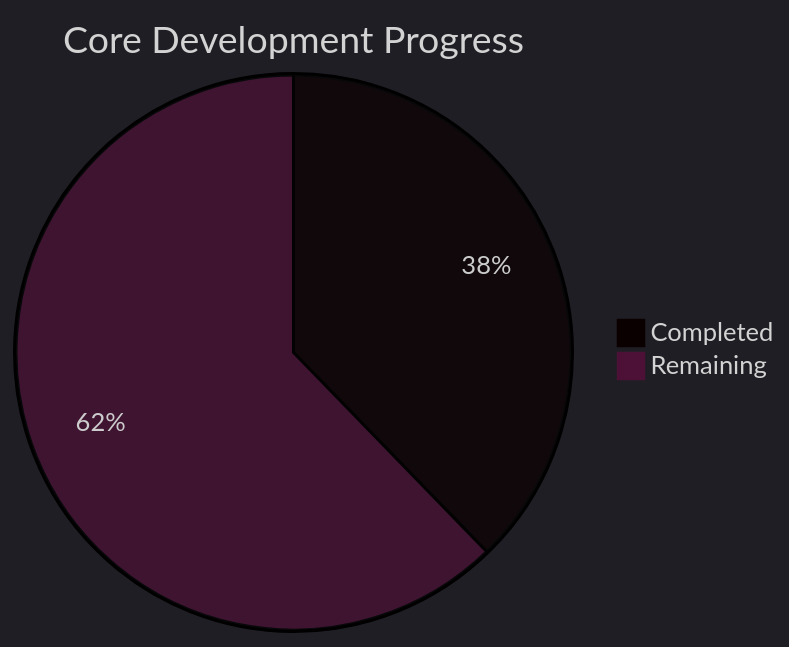
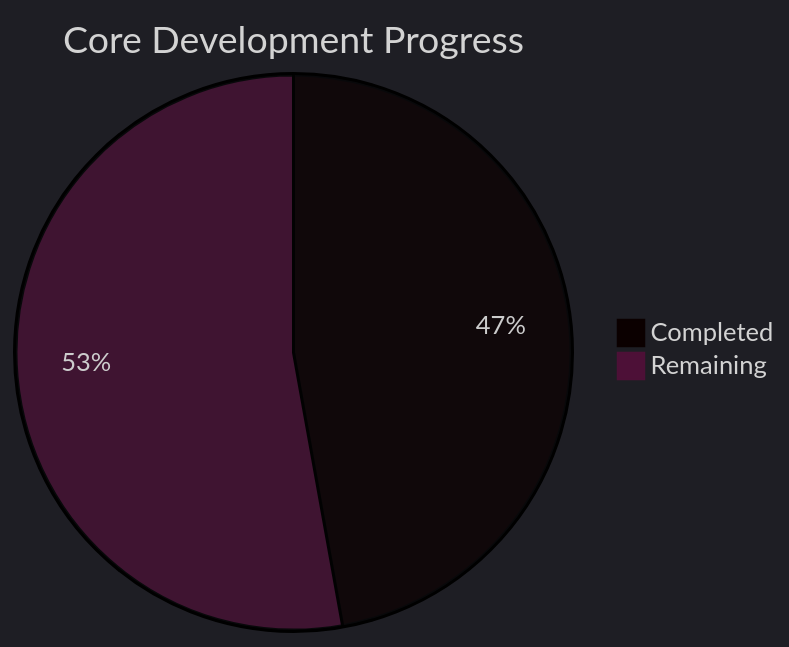
One commit to Neogleamz/SK8Lytz changed the first of 5 diagrams in tools/SK8Lytz_Bucket_List.md. Above: the diagram before and after it, drawn with Mermaid. The commit also changed other lines of this file, not shown here.

Commit message:
chore(bucket-list): move completed items to completed list and update pie charts

````diff
--- a/tools/SK8Lytz_Bucket_List.md
+++ b/tools/SK8Lytz_Bucket_List.md
@@ -9,6 +9,6 @@
 ```mermaid
 %%{init: {'theme': 'dark'}}%%
 pie title Core Development Progress
-  "Completed" : 20
-  "Remaining" : 33
+  "Completed" : 25
+  "Remaining" : 28
 ```
````
